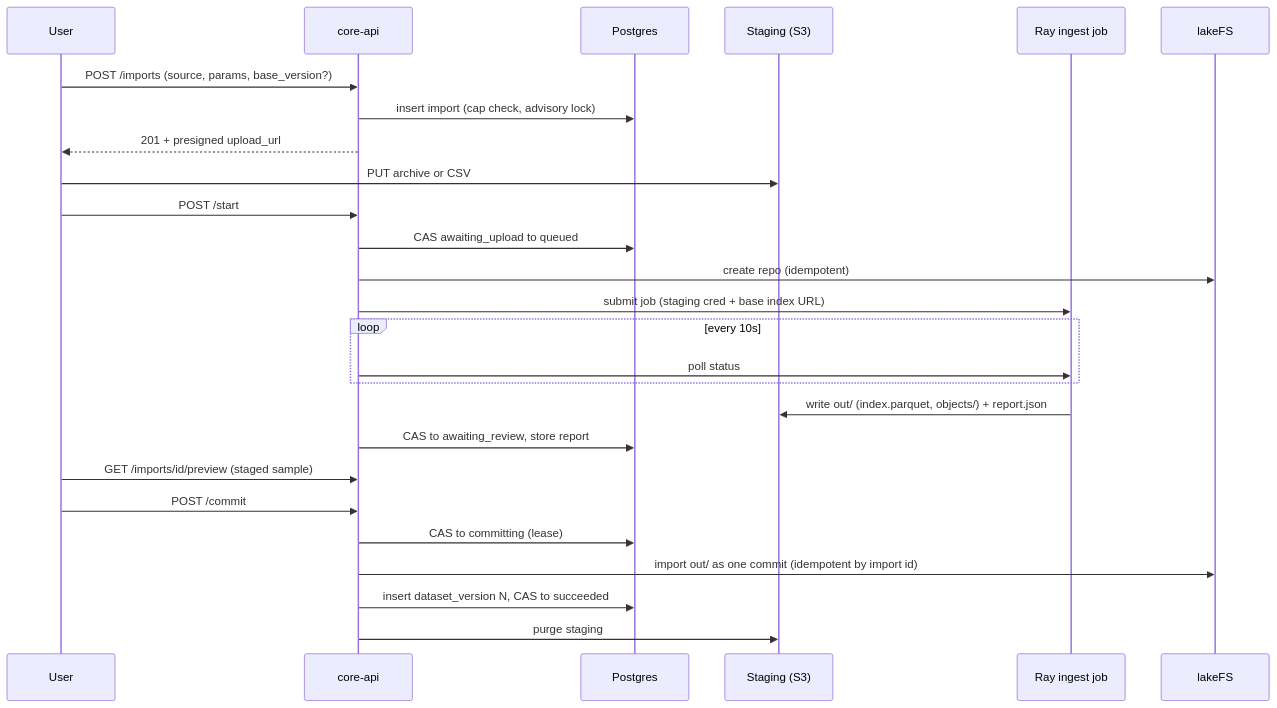
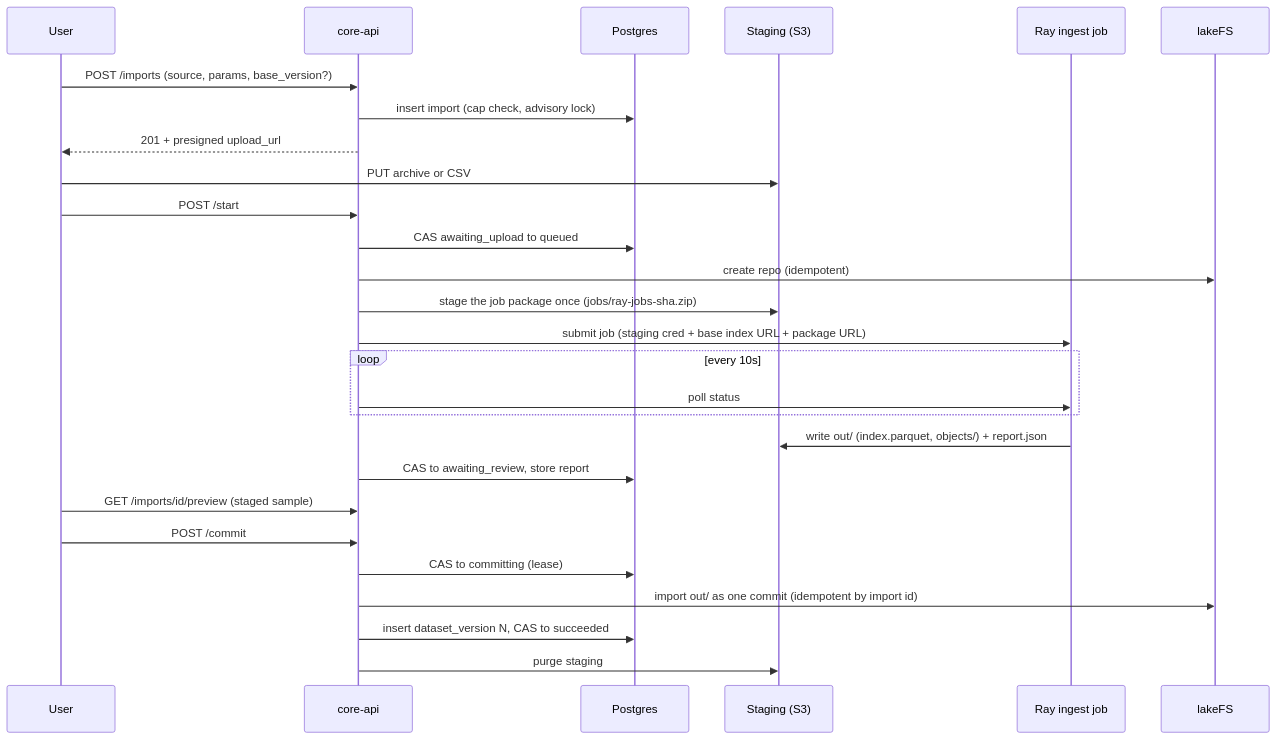
The fifth of 5 diagrams in docs/datasets-architecture.md (drills-pro/core-backend), drawn with Mermaid before and after one commit. The commit also changed other lines of this file and 15 other files, not shown here.

First line of the commit message:
feat(ingest): ship the ray_jobs package as a content-hashed zip instead of a base64 script

````diff
--- a/docs/datasets-architecture.md
+++ b/docs/datasets-architecture.md
@@ -127,28 +127,29 @@
 ```mermaid
 sequenceDiagram
     participant U as User
     participant A as core-api
     participant P as Postgres
     participant S as Staging (S3)
     participant R as Ray ingest job
     participant L as lakeFS
     U->>A: POST /imports (source, params, base_version?)
     A->>P: insert import (cap check, advisory lock)
     A-->>U: 201 + presigned upload_url
     U->>S: PUT archive or CSV
     U->>A: POST /start
     A->>P: CAS awaiting_upload to queued
     A->>L: create repo (idempotent)
-    A->>R: submit job (staging cred + base index URL)
+    A->>S: stage the job package once (jobs/ray-jobs-sha.zip)
+    A->>R: submit job (staging cred + base index URL + package URL)
     loop every 10s
         A->>R: poll status
     end
     R->>S: write out/ (index.parquet, objects/) + report.json
     A->>P: CAS to awaiting_review, store report
     U->>A: GET /imports/id/preview (staged sample)
     U->>A: POST /commit
     A->>P: CAS to committing (lease)
     A->>L: import out/ as one commit (idempotent by import id)
     A->>P: insert dataset_version N, CAS to succeeded
     A->>S: purge staging
 ```
````
